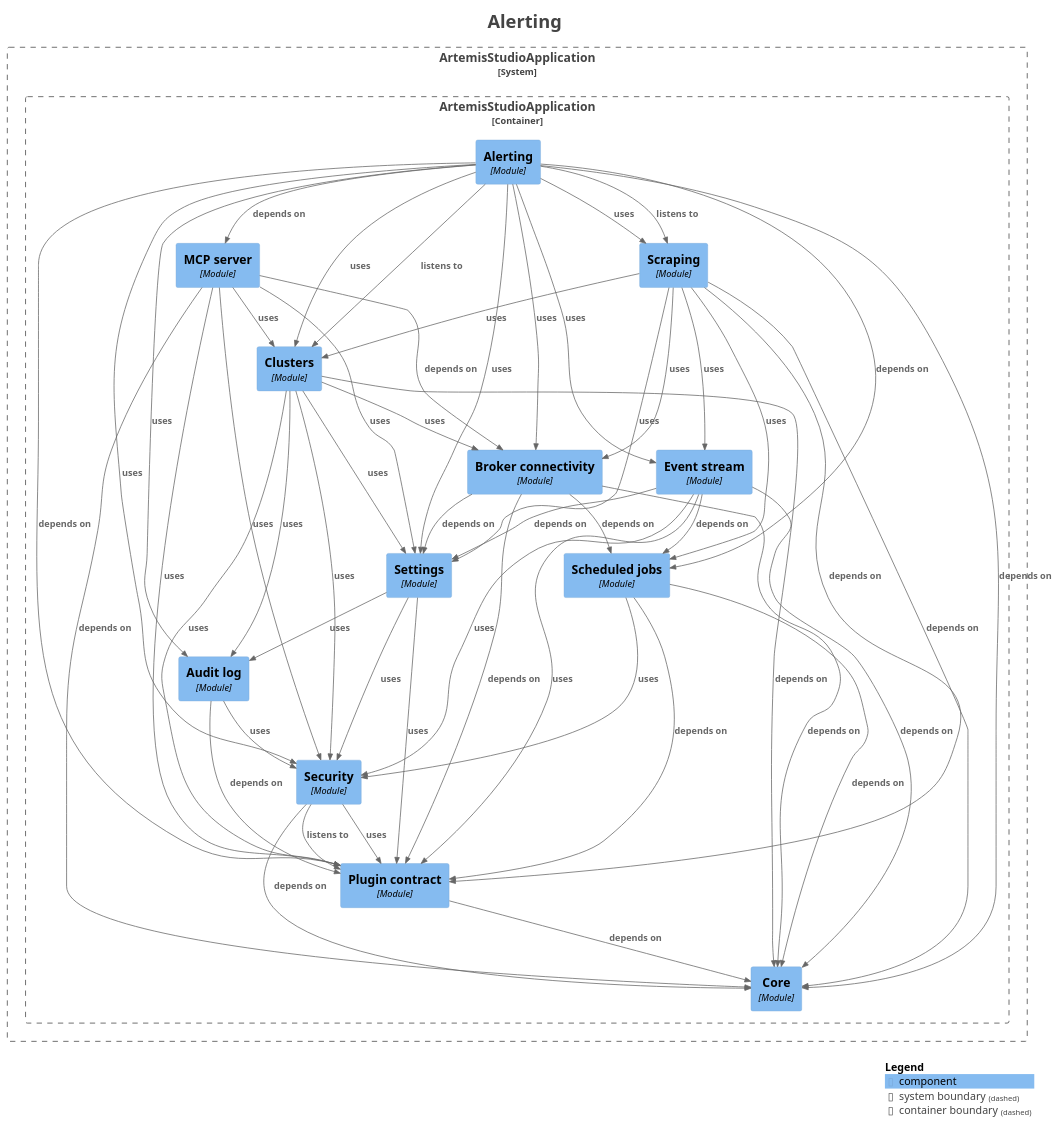
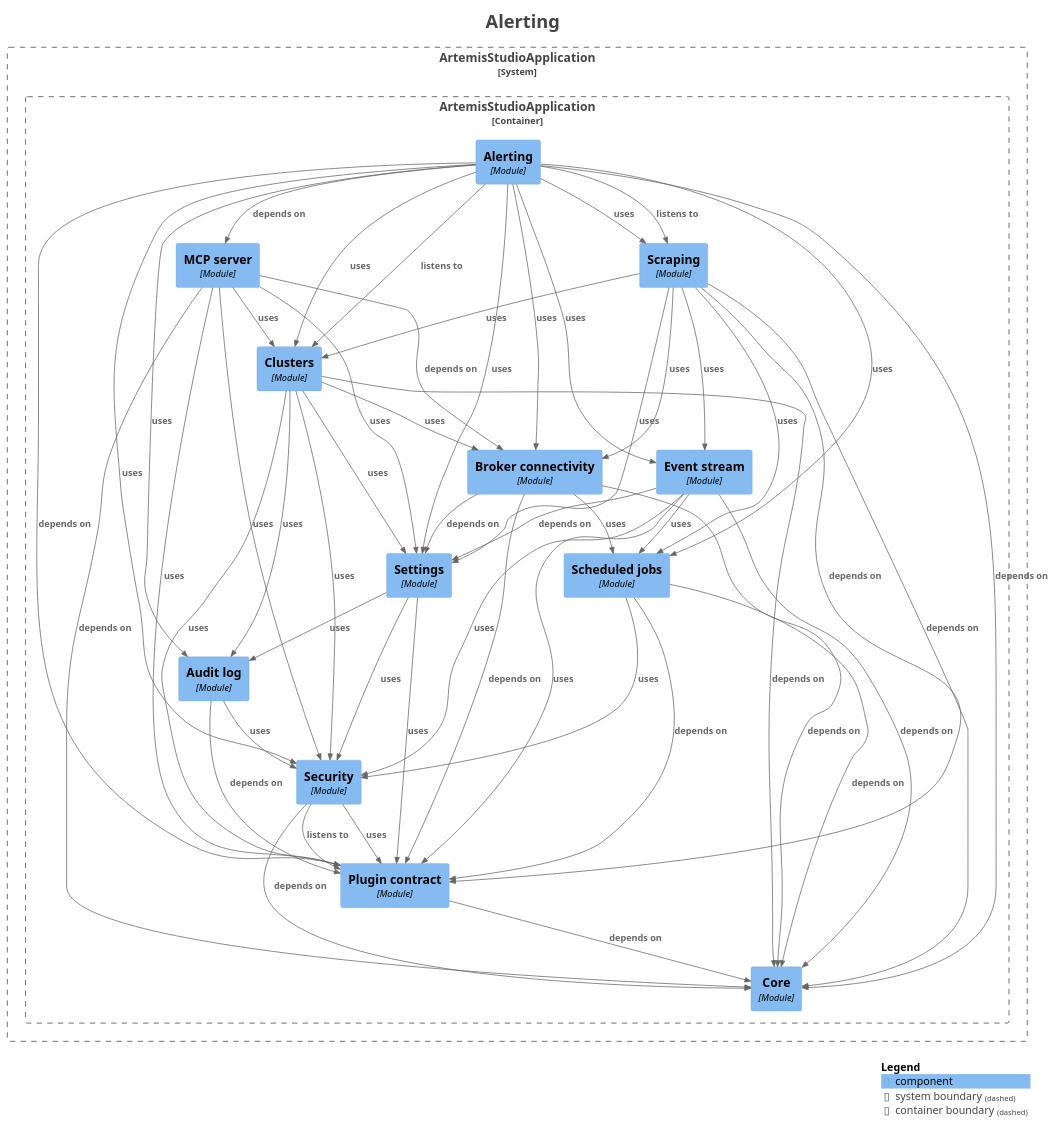
One commit to sudoitir/artemis-studio changed the diagram in docs/modules/module-feature.alerting.puml. Above: the diagram before and after it, drawn with PlantUML. The commit also changed 59 other files, not shown here.

```diff
--- a/docs/modules/module-feature.alerting.puml
+++ b/docs/modules/module-feature.alerting.puml
@@ -1,92 +1,92 @@
 @startuml
 title <size:24>Alerting</size>
 
 set separator none
 top to bottom direction
 
 <style>
   root {
     BackgroundColor: #ffffff
     FontColor: #444444
   }
 </style>
 
 !include <C4/C4>
 !include <C4/C4_Context>
 !include <C4/C4_Component>
 
 System_Boundary("ArtemisStudioApplication_boundary", "ArtemisStudioApplication", $tags="") {
   Container_Boundary("ArtemisStudioApplication.ArtemisStudioApplication_boundary", "ArtemisStudioApplication", $tags="") {
     Component(ArtemisStudioApplication.ArtemisStudioApplication.Settings, "Settings", $techn="Module", $descr="", $tags="", $link="")
     Component(ArtemisStudioApplication.ArtemisStudioApplication.Eventstream, "Event stream", $techn="Module", $descr="", $tags="", $link="")
     Component(ArtemisStudioApplication.ArtemisStudioApplication.Brokerconnectivity, "Broker connectivity", $techn="Module", $descr="", $tags="", $link="")
     Component(ArtemisStudioApplication.ArtemisStudioApplication.Clusters, "Clusters", $techn="Module", $descr="", $tags="", $link="")
     Component(ArtemisStudioApplication.ArtemisStudioApplication.MCPserver, "MCP server", $techn="Module", $descr="", $tags="", $link="")
     Component(ArtemisStudioApplication.ArtemisStudioApplication.Scraping, "Scraping", $techn="Module", $descr="", $tags="", $link="")
     Component(ArtemisStudioApplication.ArtemisStudioApplication.Alerting, "Alerting", $techn="Module", $descr="", $tags="", $link="")
     Component(ArtemisStudioApplication.ArtemisStudioApplication.Core, "Core", $techn="Module", $descr="", $tags="", $link="")
     Component(ArtemisStudioApplication.ArtemisStudioApplication.Plugincontract, "Plugin contract", $techn="Module", $descr="", $tags="", $link="")
     Component(ArtemisStudioApplication.ArtemisStudioApplication.Security, "Security", $techn="Module", $descr="", $tags="", $link="")
     Component(ArtemisStudioApplication.ArtemisStudioApplication.Auditlog, "Audit log", $techn="Module", $descr="", $tags="", $link="")
     Component(ArtemisStudioApplication.ArtemisStudioApplication.Scheduledjobs, "Scheduled jobs", $techn="Module", $descr="", $tags="", $link="")
   }
 
 }
 
 Rel(ArtemisStudioApplication.ArtemisStudioApplication.Alerting, ArtemisStudioApplication.ArtemisStudioApplication.Auditlog, "uses", $techn="", $tags="", $link="")
 Rel(ArtemisStudioApplication.ArtemisStudioApplication.Alerting, ArtemisStudioApplication.ArtemisStudioApplication.Brokerconnectivity, "uses", $techn="", $tags="", $link="")
 Rel(ArtemisStudioApplication.ArtemisStudioApplication.Alerting, ArtemisStudioApplication.ArtemisStudioApplication.Clusters, "listens to", $techn="", $tags="", $link="")
 Rel(ArtemisStudioApplication.ArtemisStudioApplication.Alerting, ArtemisStudioApplication.ArtemisStudioApplication.Clusters, "uses", $techn="", $tags="", $link="")
 Rel(ArtemisStudioApplication.ArtemisStudioApplication.Alerting, ArtemisStudioApplication.ArtemisStudioApplication.Core, "depends on", $techn="", $tags="", $link="")
 Rel(ArtemisStudioApplication.ArtemisStudioApplication.Alerting, ArtemisStudioApplication.ArtemisStudioApplication.Eventstream, "uses", $techn="", $tags="", $link="")
 Rel(ArtemisStudioApplication.ArtemisStudioApplication.Alerting, ArtemisStudioApplication.ArtemisStudioApplication.MCPserver, "depends on", $techn="", $tags="", $link="")
 Rel(ArtemisStudioApplication.ArtemisStudioApplication.Alerting, ArtemisStudioApplication.ArtemisStudioApplication.Plugincontract, "depends on", $techn="", $tags="", $link="")
-Rel(ArtemisStudioApplication.ArtemisStudioApplication.Alerting, ArtemisStudioApplication.ArtemisStudioApplication.Scheduledjobs, "depends on", $techn="", $tags="", $link="")
+Rel(ArtemisStudioApplication.ArtemisStudioApplication.Alerting, ArtemisStudioApplication.ArtemisStudioApplication.Scheduledjobs, "uses", $techn="", $tags="", $link="")
 Rel(ArtemisStudioApplication.ArtemisStudioApplication.Alerting, ArtemisStudioApplication.ArtemisStudioApplication.Scraping, "listens to", $techn="", $tags="", $link="")
 Rel(ArtemisStudioApplication.ArtemisStudioApplication.Alerting, ArtemisStudioApplication.ArtemisStudioApplication.Scraping, "uses", $techn="", $tags="", $link="")
 Rel(ArtemisStudioApplication.ArtemisStudioApplication.Alerting, ArtemisStudioApplication.ArtemisStudioApplication.Security, "uses", $techn="", $tags="", $link="")
 Rel(ArtemisStudioApplication.ArtemisStudioApplication.Alerting, ArtemisStudioApplication.ArtemisStudioApplication.Settings, "uses", $techn="", $tags="", $link="")
 Rel(ArtemisStudioApplication.ArtemisStudioApplication.Auditlog, ArtemisStudioApplication.ArtemisStudioApplication.Plugincontract, "depends on", $techn="", $tags="", $link="")
 Rel(ArtemisStudioApplication.ArtemisStudioApplication.Auditlog, ArtemisStudioApplication.ArtemisStudioApplication.Security, "uses", $techn="", $tags="", $link="")
 Rel(ArtemisStudioApplication.ArtemisStudioApplication.Brokerconnectivity, ArtemisStudioApplication.ArtemisStudioApplication.Core, "depends on", $techn="", $tags="", $link="")
 Rel(ArtemisStudioApplication.ArtemisStudioApplication.Brokerconnectivity, ArtemisStudioApplication.ArtemisStudioApplication.Plugincontract, "depends on", $techn="", $tags="", $link="")
-Rel(ArtemisStudioApplication.ArtemisStudioApplication.Brokerconnectivity, ArtemisStudioApplication.ArtemisStudioApplication.Scheduledjobs, "depends on", $techn="", $tags="", $link="")
+Rel(ArtemisStudioApplication.ArtemisStudioApplication.Brokerconnectivity, ArtemisStudioApplication.ArtemisStudioApplication.Scheduledjobs, "uses", $techn="", $tags="", $link="")
 Rel(ArtemisStudioApplication.ArtemisStudioApplication.Brokerconnectivity, ArtemisStudioApplication.ArtemisStudioApplication.Settings, "depends on", $techn="", $tags="", $link="")
 Rel(ArtemisStudioApplication.ArtemisStudioApplication.Clusters, ArtemisStudioApplication.ArtemisStudioApplication.Auditlog, "uses", $techn="", $tags="", $link="")
 Rel(ArtemisStudioApplication.ArtemisStudioApplication.Clusters, ArtemisStudioApplication.ArtemisStudioApplication.Brokerconnectivity, "uses", $techn="", $tags="", $link="")
 Rel(ArtemisStudioApplication.ArtemisStudioApplication.Clusters, ArtemisStudioApplication.ArtemisStudioApplication.Core, "depends on", $techn="", $tags="", $link="")
 Rel(ArtemisStudioApplication.ArtemisStudioApplication.Clusters, ArtemisStudioApplication.ArtemisStudioApplication.Plugincontract, "uses", $techn="", $tags="", $link="")
 Rel(ArtemisStudioApplication.ArtemisStudioApplication.Clusters, ArtemisStudioApplication.ArtemisStudioApplication.Security, "uses", $techn="", $tags="", $link="")
 Rel(ArtemisStudioApplication.ArtemisStudioApplication.Clusters, ArtemisStudioApplication.ArtemisStudioApplication.Settings, "uses", $techn="", $tags="", $link="")
 Rel(ArtemisStudioApplication.ArtemisStudioApplication.Eventstream, ArtemisStudioApplication.ArtemisStudioApplication.Core, "depends on", $techn="", $tags="", $link="")
 Rel(ArtemisStudioApplication.ArtemisStudioApplication.Eventstream, ArtemisStudioApplication.ArtemisStudioApplication.Plugincontract, "uses", $techn="", $tags="", $link="")
-Rel(ArtemisStudioApplication.ArtemisStudioApplication.Eventstream, ArtemisStudioApplication.ArtemisStudioApplication.Scheduledjobs, "depends on", $techn="", $tags="", $link="")
+Rel(ArtemisStudioApplication.ArtemisStudioApplication.Eventstream, ArtemisStudioApplication.ArtemisStudioApplication.Scheduledjobs, "uses", $techn="", $tags="", $link="")
 Rel(ArtemisStudioApplication.ArtemisStudioApplication.Eventstream, ArtemisStudioApplication.ArtemisStudioApplication.Security, "uses", $techn="", $tags="", $link="")
 Rel(ArtemisStudioApplication.ArtemisStudioApplication.Eventstream, ArtemisStudioApplication.ArtemisStudioApplication.Settings, "depends on", $techn="", $tags="", $link="")
 Rel(ArtemisStudioApplication.ArtemisStudioApplication.MCPserver, ArtemisStudioApplication.ArtemisStudioApplication.Brokerconnectivity, "depends on", $techn="", $tags="", $link="")
 Rel(ArtemisStudioApplication.ArtemisStudioApplication.MCPserver, ArtemisStudioApplication.ArtemisStudioApplication.Clusters, "uses", $techn="", $tags="", $link="")
 Rel(ArtemisStudioApplication.ArtemisStudioApplication.MCPserver, ArtemisStudioApplication.ArtemisStudioApplication.Core, "depends on", $techn="", $tags="", $link="")
 Rel(ArtemisStudioApplication.ArtemisStudioApplication.MCPserver, ArtemisStudioApplication.ArtemisStudioApplication.Plugincontract, "uses", $techn="", $tags="", $link="")
 Rel(ArtemisStudioApplication.ArtemisStudioApplication.MCPserver, ArtemisStudioApplication.ArtemisStudioApplication.Security, "uses", $techn="", $tags="", $link="")
 Rel(ArtemisStudioApplication.ArtemisStudioApplication.MCPserver, ArtemisStudioApplication.ArtemisStudioApplication.Settings, "uses", $techn="", $tags="", $link="")
 Rel(ArtemisStudioApplication.ArtemisStudioApplication.Plugincontract, ArtemisStudioApplication.ArtemisStudioApplication.Core, "depends on", $techn="", $tags="", $link="")
 Rel(ArtemisStudioApplication.ArtemisStudioApplication.Scheduledjobs, ArtemisStudioApplication.ArtemisStudioApplication.Core, "depends on", $techn="", $tags="", $link="")
 Rel(ArtemisStudioApplication.ArtemisStudioApplication.Scheduledjobs, ArtemisStudioApplication.ArtemisStudioApplication.Plugincontract, "depends on", $techn="", $tags="", $link="")
 Rel(ArtemisStudioApplication.ArtemisStudioApplication.Scheduledjobs, ArtemisStudioApplication.ArtemisStudioApplication.Security, "uses", $techn="", $tags="", $link="")
 Rel(ArtemisStudioApplication.ArtemisStudioApplication.Scraping, ArtemisStudioApplication.ArtemisStudioApplication.Brokerconnectivity, "uses", $techn="", $tags="", $link="")
 Rel(ArtemisStudioApplication.ArtemisStudioApplication.Scraping, ArtemisStudioApplication.ArtemisStudioApplication.Clusters, "uses", $techn="", $tags="", $link="")
 Rel(ArtemisStudioApplication.ArtemisStudioApplication.Scraping, ArtemisStudioApplication.ArtemisStudioApplication.Core, "depends on", $techn="", $tags="", $link="")
 Rel(ArtemisStudioApplication.ArtemisStudioApplication.Scraping, ArtemisStudioApplication.ArtemisStudioApplication.Eventstream, "uses", $techn="", $tags="", $link="")
 Rel(ArtemisStudioApplication.ArtemisStudioApplication.Scraping, ArtemisStudioApplication.ArtemisStudioApplication.Plugincontract, "depends on", $techn="", $tags="", $link="")
 Rel(ArtemisStudioApplication.ArtemisStudioApplication.Scraping, ArtemisStudioApplication.ArtemisStudioApplication.Scheduledjobs, "uses", $techn="", $tags="", $link="")
 Rel(ArtemisStudioApplication.ArtemisStudioApplication.Scraping, ArtemisStudioApplication.ArtemisStudioApplication.Settings, "uses", $techn="", $tags="", $link="")
 Rel(ArtemisStudioApplication.ArtemisStudioApplication.Security, ArtemisStudioApplication.ArtemisStudioApplication.Core, "depends on", $techn="", $tags="", $link="")
 Rel(ArtemisStudioApplication.ArtemisStudioApplication.Security, ArtemisStudioApplication.ArtemisStudioApplication.Plugincontract, "listens to", $techn="", $tags="", $link="")
 Rel(ArtemisStudioApplication.ArtemisStudioApplication.Security, ArtemisStudioApplication.ArtemisStudioApplication.Plugincontract, "uses", $techn="", $tags="", $link="")
 Rel(ArtemisStudioApplication.ArtemisStudioApplication.Settings, ArtemisStudioApplication.ArtemisStudioApplication.Auditlog, "uses", $techn="", $tags="", $link="")
 Rel(ArtemisStudioApplication.ArtemisStudioApplication.Settings, ArtemisStudioApplication.ArtemisStudioApplication.Plugincontract, "uses", $techn="", $tags="", $link="")
 Rel(ArtemisStudioApplication.ArtemisStudioApplication.Settings, ArtemisStudioApplication.ArtemisStudioApplication.Security, "uses", $techn="", $tags="", $link="")
 
 SHOW_LEGEND(true)
 hide stereotypes
 @enduml
```
